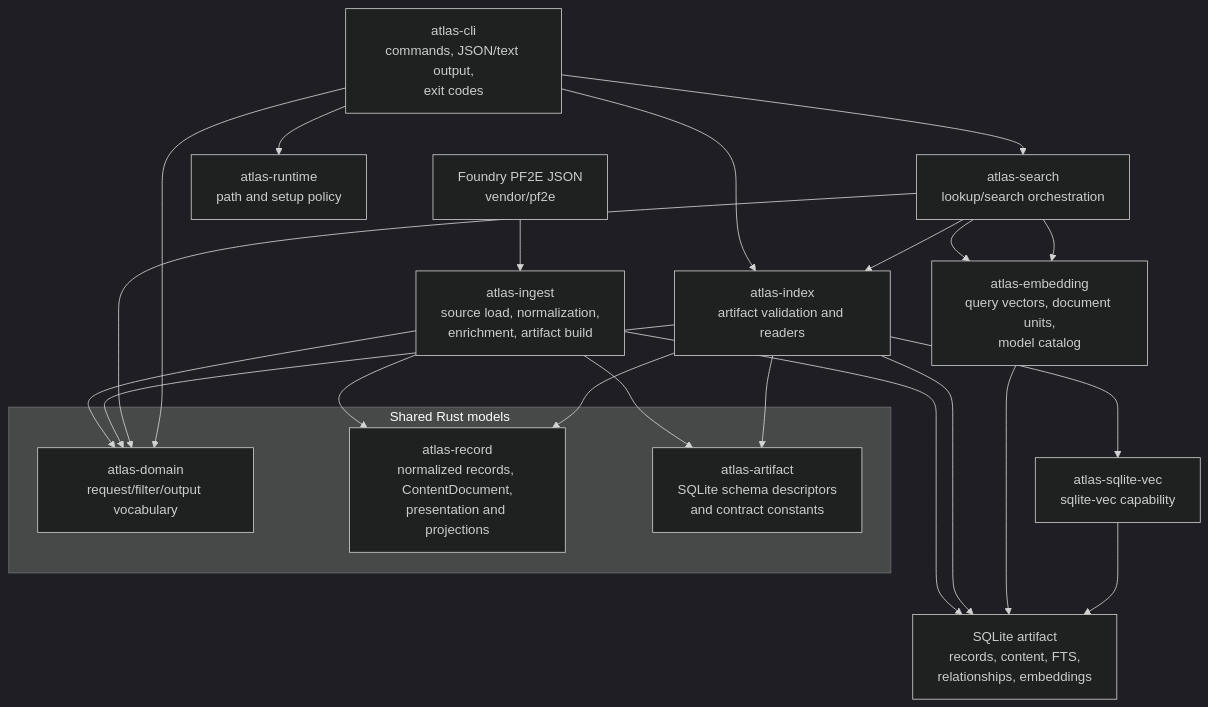
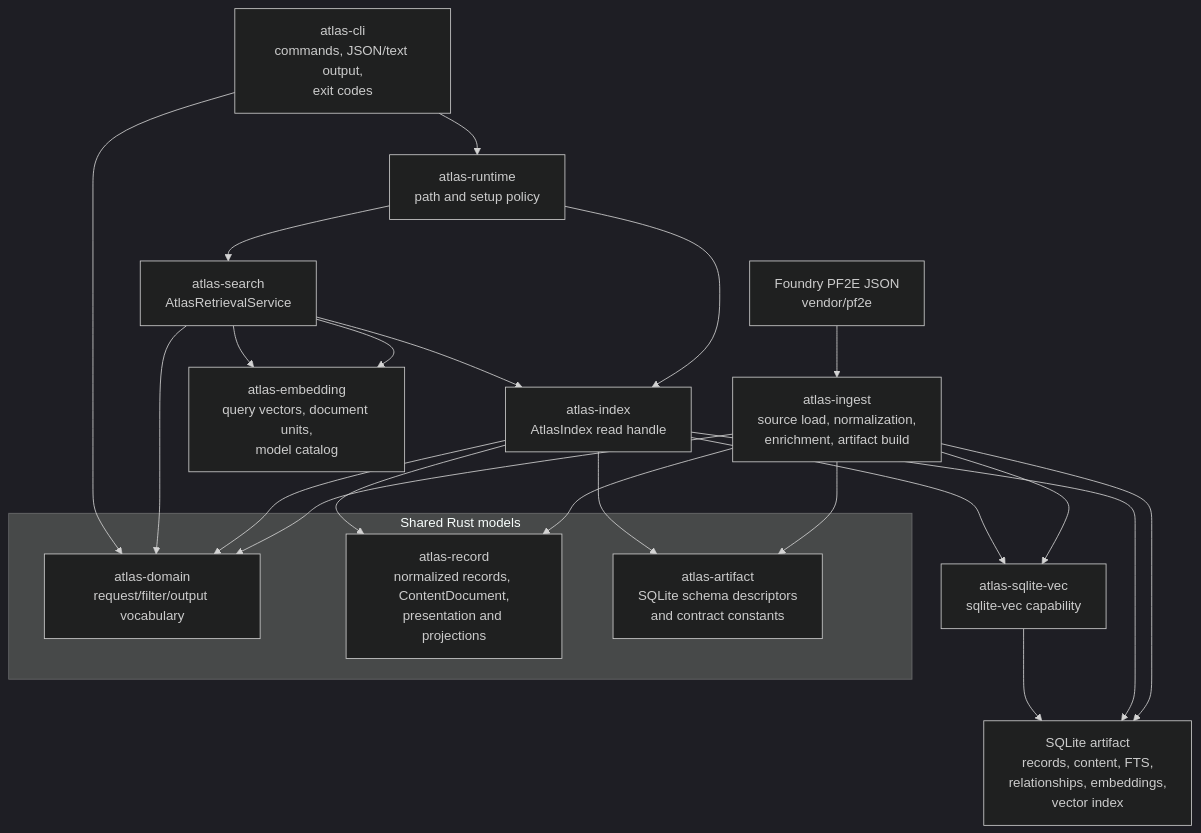
The first of 4 diagrams in docs/architecture/runtime.md (e-kosten/pf2e-atlas), drawn with Mermaid (dark theme) before and after one commit. The commit also changed other lines of this file and 23 other files, not shown here.

Commit message:
refactor(rust): centralize runtime artifact boundaries

````diff
--- a/docs/architecture/runtime.md
+++ b/docs/architecture/runtime.md
@@ -9,32 +9,32 @@
 ```mermaid
 flowchart TD
     source["Foundry PF2E JSON<br/>vendor/pf2e"] --> ingest["atlas-ingest<br/>source load, normalization,<br/>enrichment, artifact build"]
-    ingest --> artifact["SQLite artifact<br/>records, content, FTS,<br/>relationships, embeddings"]
+    ingest --> artifact["SQLite artifact<br/>records, content, FTS,<br/>relationships, embeddings,<br/>vector index"]
 
     cli["atlas-cli<br/>commands, JSON/text output,<br/>exit codes"] --> runtime["atlas-runtime<br/>path and setup policy"]
-    cli --> search["atlas-search<br/>lookup/search orchestration"]
-    cli --> index["atlas-index<br/>artifact validation and readers"]
+    runtime --> search["atlas-search<br/>AtlasRetrievalService"]
+    runtime --> index["atlas-index<br/>AtlasIndex read handle"]
 
     search --> index
     search --> embedding["atlas-embedding<br/>query vectors, document units,<br/>model catalog"]
     index --> artifact
-    embedding --> artifact
-    index --> sqliteVec["atlas-sqlite-vec<br/>sqlite-vec capability"]
+    ingest --> sqliteVec["atlas-sqlite-vec<br/>sqlite-vec capability"]
+    index --> sqliteVec
     sqliteVec --> artifact
 
     subgraph SharedRustModels["Shared Rust models"]
       domain["atlas-domain<br/>request/filter/output vocabulary"]
       record["atlas-record<br/>normalized records, ContentDocument,<br/>presentation and projections"]
       artifactSchema["atlas-artifact<br/>SQLite schema descriptors<br/>and contract constants"]
     end
 
     ingest --> domain
     ingest --> record
     ingest --> artifactSchema
     index --> domain
     index --> record
     index --> artifactSchema
     search --> domain
     search --> embedding
     cli --> domain
 ```
````
